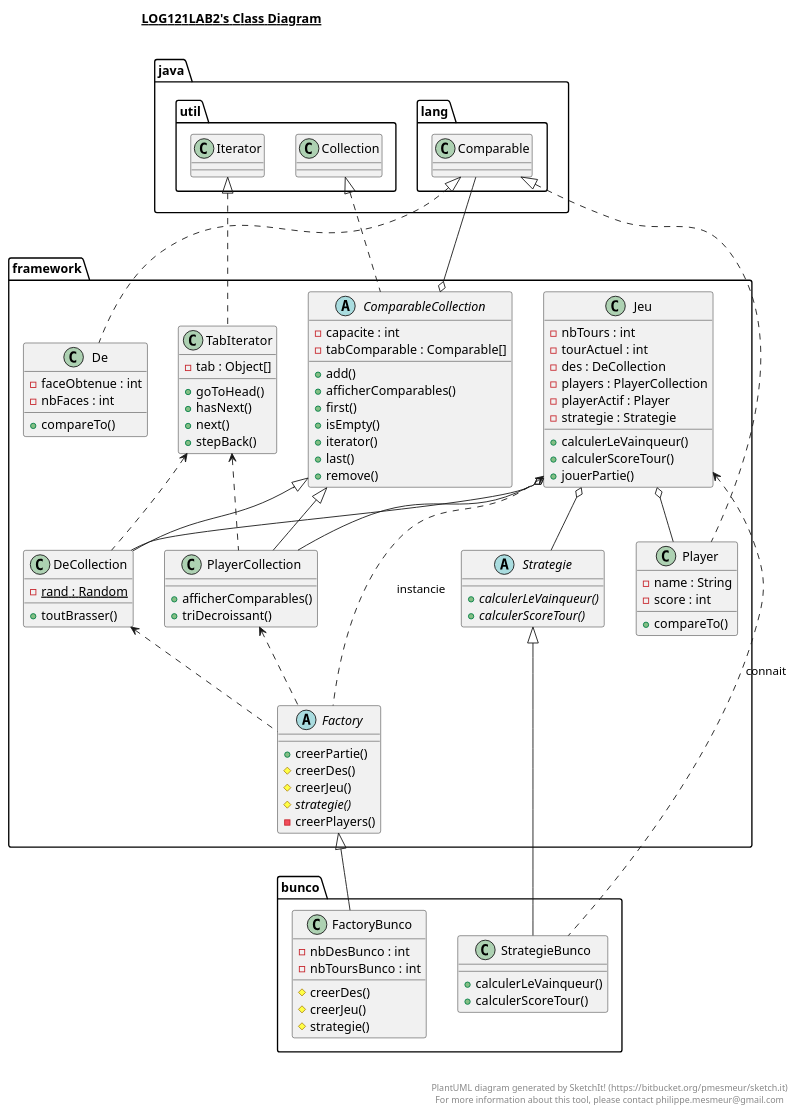
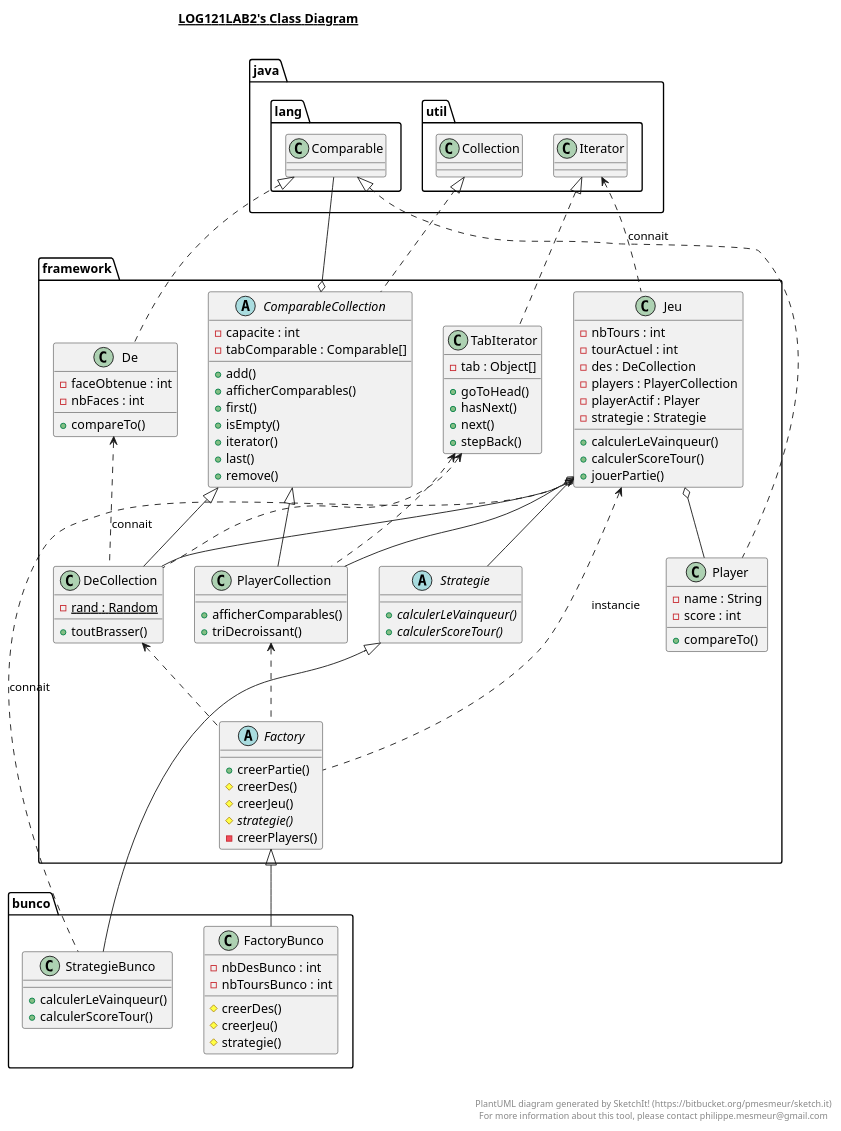
The diagram in LOG121Lab2.plantuml (ThoLavergne/LOG121Lab2), drawn with PlantUML before and after one commit. The commit also changed 5 other files, not shown here.

```diff
--- a/LOG121Lab2.plantuml
+++ b/LOG121Lab2.plantuml
@@ -1,180 +1,184 @@
 @startuml
 
 title __LOG121LAB2's Class Diagram__\n
 
   namespace bunco {
       class bunco.FactoryBunco {
           - nbDesBunco : int
           - nbToursBunco : int
           # creerDes()
           # creerJeu()
           # strategie()
       }
     }
   
 
   namespace bunco {
     class bunco.StrategieBunco {
             + calculerLeVainqueur()
             + calculerScoreTour()
     }
   }
   
 
   namespace framework {
       abstract class framework.ComparableCollection {
           - capacite : int
           - tabComparable : Comparable[]
           + add()
           + afficherComparables()
           + first()
           + isEmpty()
           + iterator()
           + last()
           + remove()
       }
     }
 
 
     namespace framework {
       class framework.De {
           - faceObtenue : int
           - nbFaces : int
           + compareTo()
       }
     }
 
 
     namespace framework {
       class framework.DeCollection {
           {static} - rand : Random
           + toutBrasser()
       }
     }
 
 
     namespace framework {
       abstract class framework.Factory {
           + creerPartie()
           # creerDes()
           # creerJeu()
           {abstract} # strategie()
           - creerPlayers()
       }
     }
 
 
     namespace framework {
       class framework.Jeu {
           - nbTours : int
           - tourActuel : int
           - des : DeCollection
           - players : PlayerCollection
           - playerActif : Player
           - strategie : Strategie
           + calculerLeVainqueur()
           + calculerScoreTour()
           + jouerPartie()
       }
     }
 
 
     namespace framework {
       class framework.Player {
           - name : String
           - score : int
           + compareTo()
       }
     }
 
 
     namespace framework {
       class framework.PlayerCollection {
           + afficherComparables()
           + triDecroissant()
       }
     }
 
 
     namespace framework {
       abstract class framework.Strategie {
           {abstract} + calculerLeVainqueur()
           {abstract} + calculerScoreTour()
       }
     }
 
 
     namespace framework {
       class framework.TabIterator {
           - tab : Object[]
           + goToHead()
           + hasNext()
           + next()
           + stepBack()
       }
     }
   
 
   namespace programmeTest {
     class programmeTest.TestMain {
     }
   }
   
 
   namespace tests {
     class tests.DeTest {
     }
   }
   
 
   namespace tests {
     class tests.JeuTest {
     }
   }
   
 
   namespace tests {
     class tests.PlayerTest {
     }
   }
   
 
   namespace tests {
     class tests.StrategieBuncoTest {
     }
   }
   
 
   bunco.FactoryBunco -up-|> framework.Factory
   bunco.StrategieBunco -up-|> framework.Strategie
   framework.ComparableCollection .up.|> java.util.Collection
   framework.De .up.|> java.lang.Comparable
   framework.DeCollection -up-|> framework.ComparableCollection
   framework.Jeu o-- framework.DeCollection
   framework.Jeu o-- framework.Player
   framework.Jeu o-- framework.PlayerCollection
   framework.Jeu o-- framework.Strategie
   framework.Player .up.|> java.lang.Comparable
   framework.PlayerCollection -up-|> framework.ComparableCollection
   framework.TabIterator .up.|> java.util.Iterator
   tests.DeTest o-- framework.De : de1
   tests.DeTest o-- framework.De : de2
   framework.DeCollection .up.> framework.TabIterator
   framework.PlayerCollection .up.> framework.TabIterator
   framework.ComparableCollection o-- java.lang.Comparable
   bunco.StrategieBunco .up.> framework.Jeu : connait
   framework.Factory .up.> framework.Jeu : instancie
   framework.Factory .up.> framework.DeCollection
   framework.Factory .up.> framework.PlayerCollection
+  framework.Jeu .up.> java.util.Iterator : connait
+  framework.DeCollection .up.> framework.De : connait
 
 hide tests
 hide programmeTest
+
+
 
 right footer
 
 
 PlantUML diagram generated by SketchIt! (https://bitbucket.org/pmesmeur/sketch.it)
 For more information about this tool, please contact philippe.mesmeur@gmail.com
 endfooter
 
 @enduml
```
